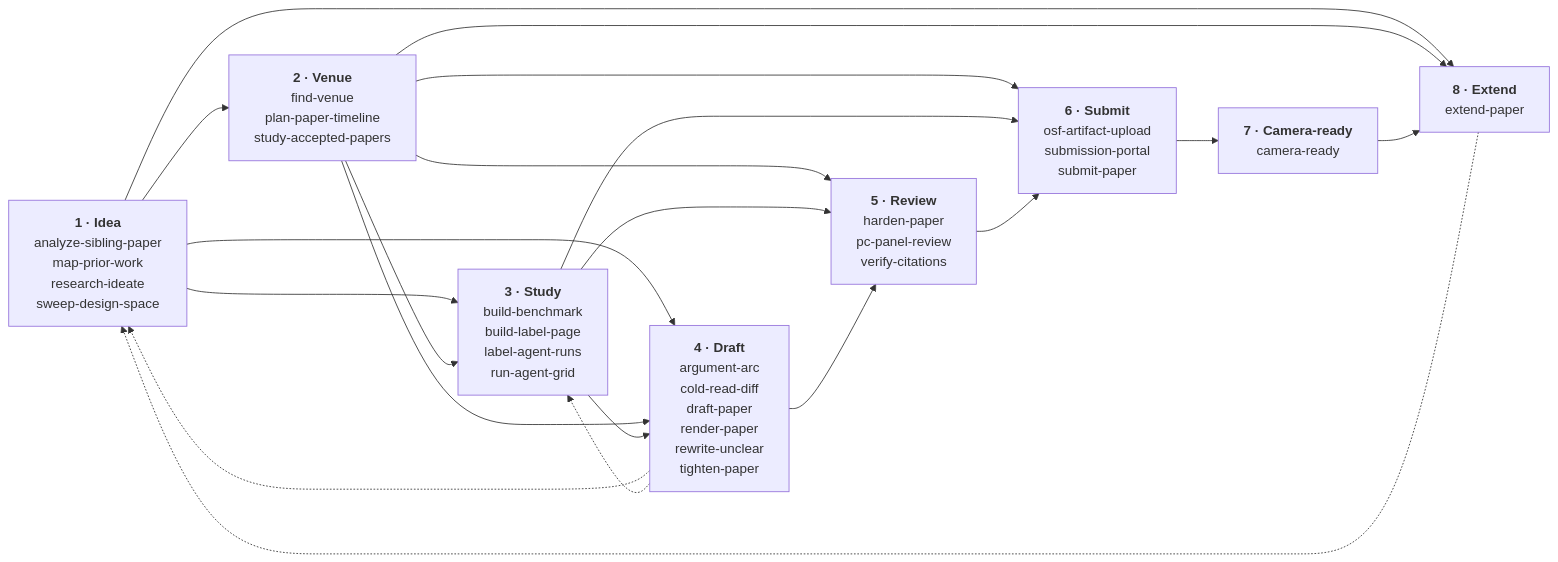
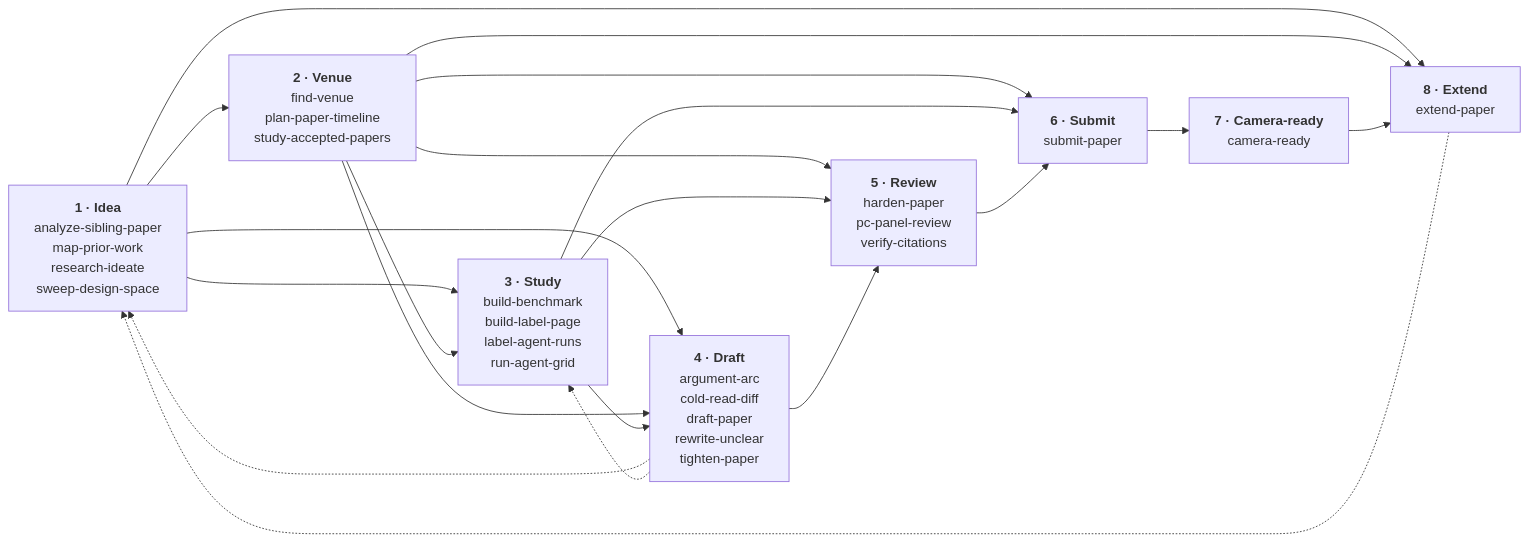
The first of 9 diagrams in docs/pipeline.md (zernie/paperlint), drawn with Mermaid before and after one commit. The commit also changed other lines of this file and 43 other files, not shown here.

````diff
--- a/docs/pipeline.md
+++ b/docs/pipeline.md
@@ -18,30 +18,30 @@
 ```mermaid
 flowchart LR
   stage_idea["<b>1 · Idea</b><br/>analyze-sibling-paper<br/>map-prior-work<br/>research-ideate<br/>sweep-design-space"]
   stage_venue["<b>2 · Venue</b><br/>find-venue<br/>plan-paper-timeline<br/>study-accepted-papers"]
   stage_study["<b>3 · Study</b><br/>build-benchmark<br/>build-label-page<br/>label-agent-runs<br/>run-agent-grid"]
-  stage_draft["<b>4 · Draft</b><br/>argument-arc<br/>cold-read-diff<br/>draft-paper<br/>render-paper<br/>rewrite-unclear<br/>tighten-paper"]
+  stage_draft["<b>4 · Draft</b><br/>argument-arc<br/>cold-read-diff<br/>draft-paper<br/>rewrite-unclear<br/>tighten-paper"]
   stage_review["<b>5 · Review</b><br/>harden-paper<br/>pc-panel-review<br/>verify-citations"]
-  stage_submit["<b>6 · Submit</b><br/>osf-artifact-upload<br/>submission-portal<br/>submit-paper"]
+  stage_submit["<b>6 · Submit</b><br/>submit-paper"]
   stage_camera_ready["<b>7 · Camera-ready</b><br/>camera-ready"]
   stage_extend["<b>8 · Extend</b><br/>extend-paper"]
   stage_idea --> stage_venue
   stage_idea --> stage_study
   stage_idea --> stage_draft
   stage_idea --> stage_extend
   stage_venue --> stage_study
   stage_venue --> stage_draft
   stage_venue --> stage_review
   stage_venue --> stage_submit
   stage_venue --> stage_extend
   stage_study --> stage_draft
   stage_study --> stage_review
   stage_study --> stage_submit
   stage_draft --> stage_review
   stage_review --> stage_submit
   stage_submit --> stage_camera_ready
   stage_camera_ready --> stage_extend
   stage_draft -.-> stage_idea
   stage_draft -.-> stage_study
   stage_extend -.-> stage_idea
 ```
````
